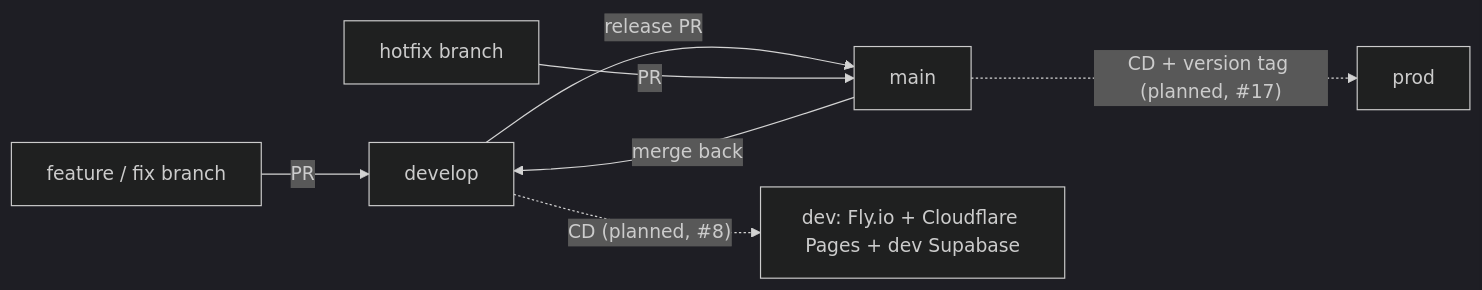
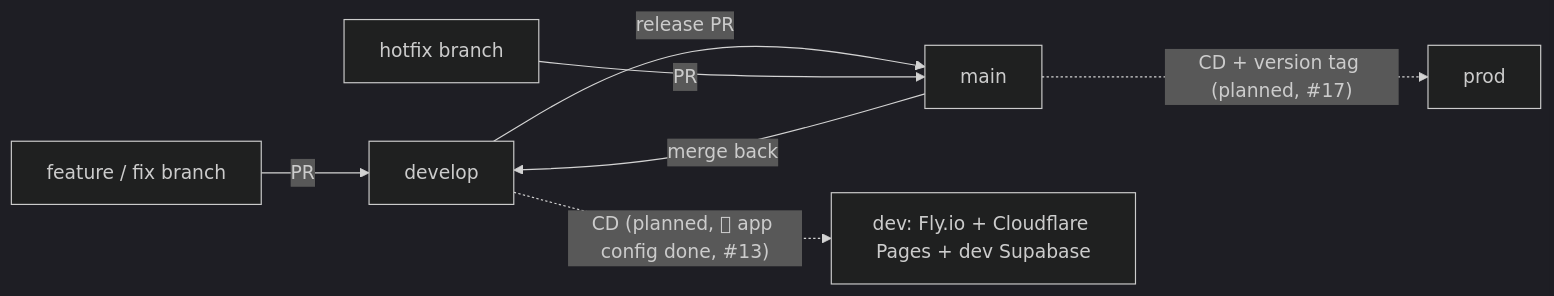
Before and after one commit to LasterBergamot/lineup: the second of 2 diagrams in documentation/Roadmap-Everything-Else.md, drawn with Mermaid (dark theme). The commit also changed 14 other files, not shown here.

First line of the commit message:
#13 - Add the Fly.io config for the dev app and the setup runbook

````diff
--- a/documentation/Roadmap-Everything-Else.md
+++ b/documentation/Roadmap-Everything-Else.md
@@ -29,9 +29,9 @@
 ```mermaid
 flowchart LR
     F[feature / fix branch] -->|PR| D[develop]
     D -->|"release PR"| M[main]
     H[hotfix branch] -->|PR| M
     M -->|merge back| D
-    D -.->|"CD (planned, #8)"| DEV[dev: Fly.io + Cloudflare Pages + dev Supabase]
+    D -.->|"CD (planned, #8; app config done, #13)"| DEV[dev: Fly.io + Cloudflare Pages + dev Supabase]
     M -.->|"CD + version tag (planned, #17)"| PROD[prod]
 ```
````
